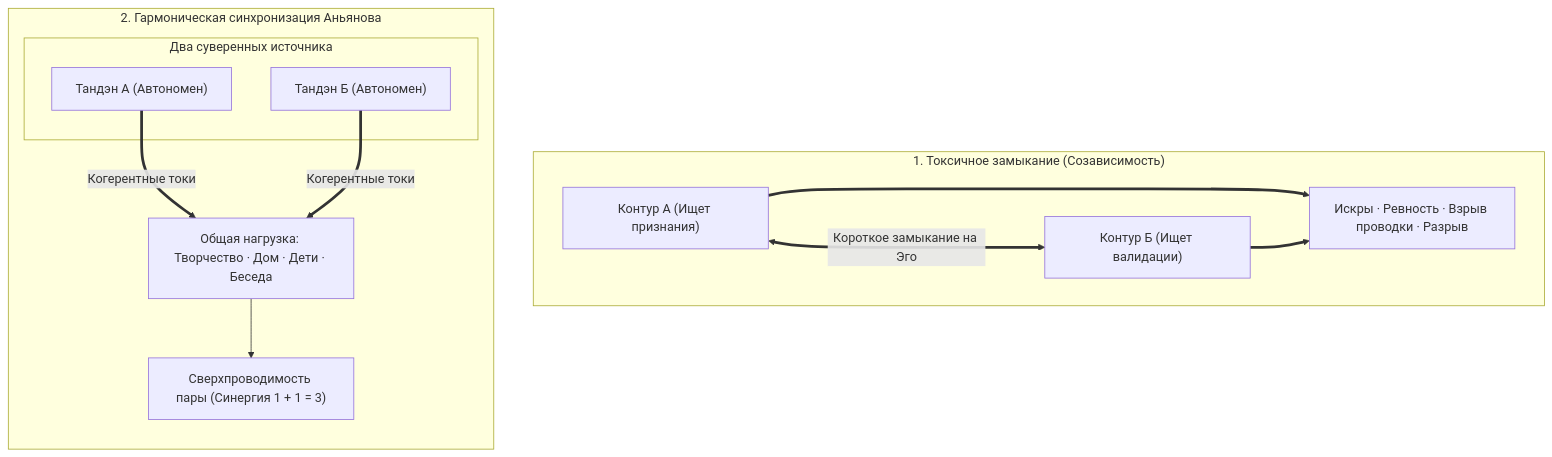
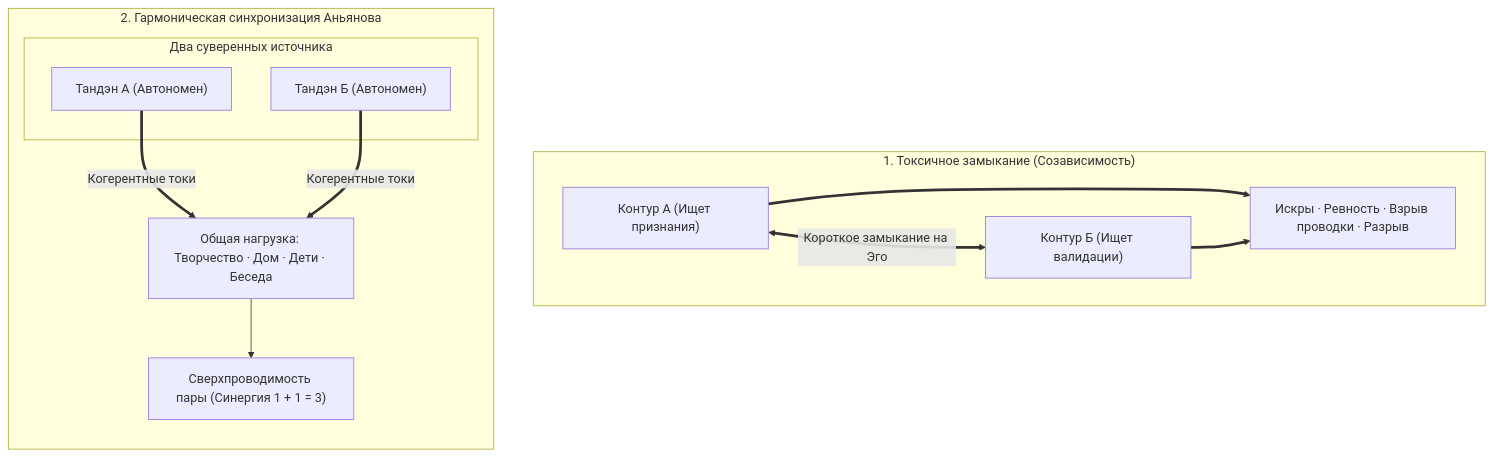
One commit to vsanyanov-ux/inner-current changed the third of 3 diagrams in book/part3_chapters_3_1_to_3_3.md. Above: the diagram before and after it, drawn with Mermaid. The commit also changed 5 other files, not shown here.

Commit message:
fix(book-reader): resolve iframe renderer crash, enable lazy mermaid rendering and embedded responsive mode

````diff
--- a/book/part3_chapters_3_1_to_3_3.md
+++ b/book/part3_chapters_3_1_to_3_3.md
@@ -110,18 +110,18 @@
 ```mermaid
 flowchart TD
     subgraph ToxicLove["1. Токсичное замыкание (Созависимость)"]
         direction LR
-        PersonA["Контур А (Ищет признания)"] <===>|Короткое замыкание на Эго| PersonB["Контур Б (Ищет валидации)"]
+        PersonA["Контур А (Ищет признания)"] <==>|Короткое замыкание на Эго| PersonB["Контур Б (Ищет валидации)"]
         PersonA & PersonB ==> BurnLove["Искры · Ревность · Взрыв проводки · Разрыв"]
     end
 
     subgraph ZenLove["2. Гармоническая синхронизация Аньянова"]
         direction TB
         subgraph TwoGens["Два суверенных источника"]
             GenA["Тандэн А (Автономен)"]
             GenB["Тандэн Б (Автономен)"]
         end
         GenA & GenB ==>|Когерентные токи| SharedLoad["Общая нагрузка: Творчество · Дом · Дети · Беседа"]
         SharedLoad --> SuperLight["Сверхпроводимость пары (Синергия 1 + 1 = 3)"]
     end
 ```
````
